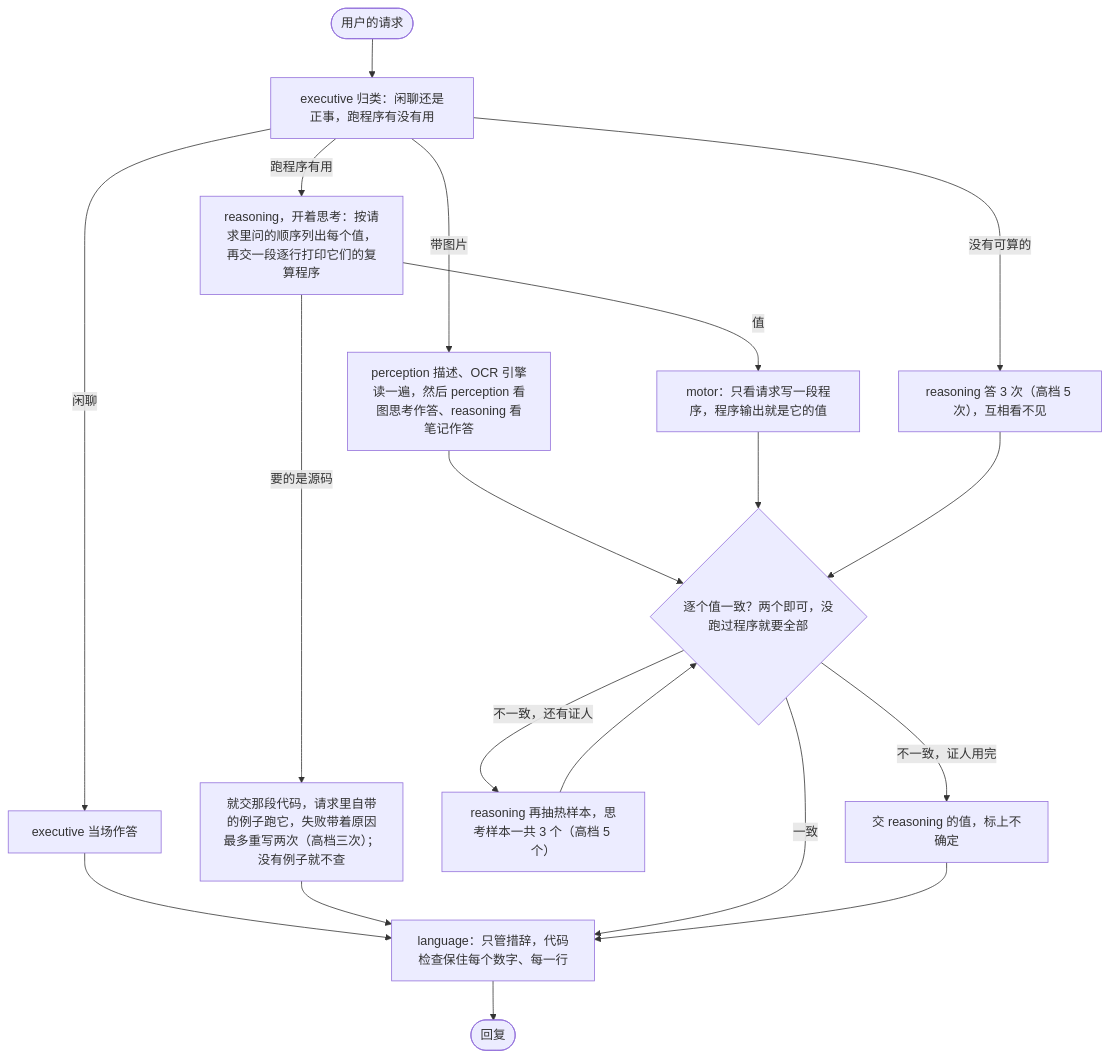
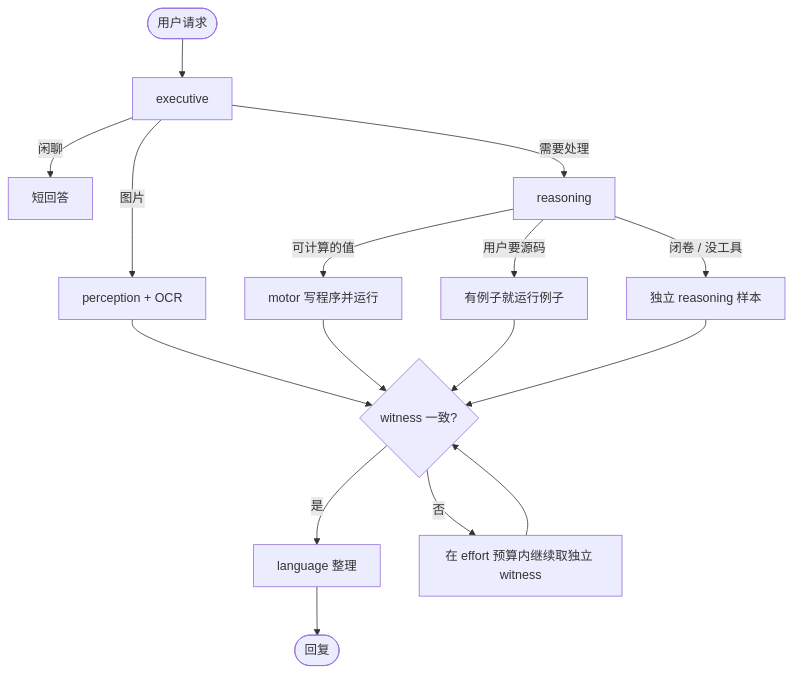
The second of 2 diagrams in README.zh-CN.md (VecSzn/lobes), drawn with Mermaid before and after one commit. The commit also changed other lines of this file and 4 other files, not shown here.

````diff
--- a/README.zh-CN.md
+++ b/README.zh-CN.md
@@ -102,13 +83,21 @@
 ```mermaid
 flowchart TD
-  G(["用户的请求"]) --> E["executive 归类：闲聊还是正事，跑程序有没有用"]
-  E -->|闲聊| F["executive 当场作答"] --> L
-  E -->|带图片| P["perception 描述、OCR 引擎读一遍，然后 perception 看图思考作答、reasoning 看笔记作答"] --> A
-  E -->|跑程序有用| R["reasoning，开着思考：按请求里问的顺序列出每个值，再交一段逐行打印它们的复算程序"]
-  R -->|要的是源码| C["就交那段代码，请求里自带的例子跑它，失败带着原因最多重写两次（高档三次）；没有例子就不查"] --> L
-  R -->|值| M["motor：只看请求写一段程序，程序输出就是它的值"] --> A{"逐个值一致？两个即可，没跑过程序就要全部"}
-  E -->|没有可算的| Q["reasoning 答 3 次（高档 5 次），互相看不见"] --> A
-  A -->|不一致，还有证人| V["reasoning 再抽热样本，思考样本一共 3 个（高档 5 个）"] --> A
-  A -->|一致| L["language：只管措辞，代码检查保住每个数字、每一行"] --> ANS(["回复"])
-  A -->|不一致，证人用完| H["交 reasoning 的值，标上不确定"] --> L
+  U([用户请求]) --> E[executive]
+  E -->|闲聊| C[短回答]
+  E -->|图片| P[perception + OCR]
+  E -->|需要处理| R[reasoning]
+
+  R -->|可计算的值| M[motor 写程序并运行]
+  R -->|用户要源码| T[有例子就运行例子]
+  R -->|闭卷 / 没工具| S[独立 reasoning 样本]
+
+  P --> A{witness 一致?}
+  M --> A
+  T --> A
+  S --> A
+
+  A -->|是| L[language 整理]
+  A -->|否| H[在 effort 预算内继续取独立 witness]
+  H --> A
+  L --> O([回复])
 ```
````
